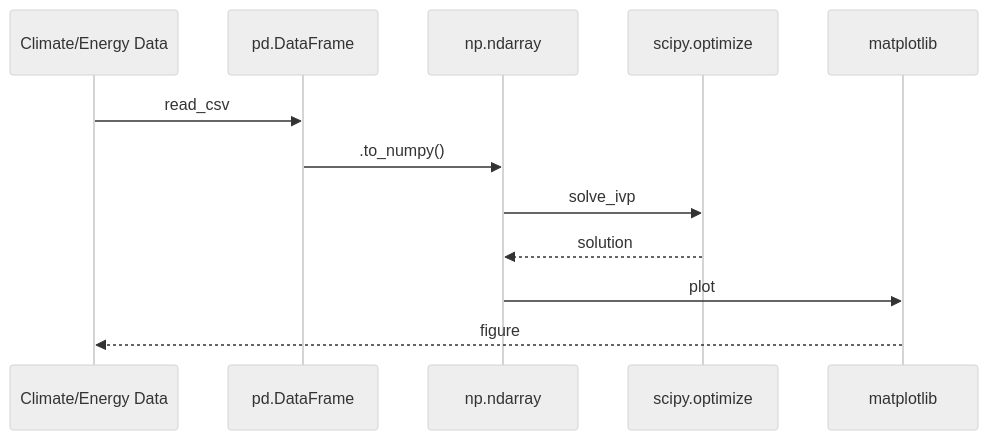
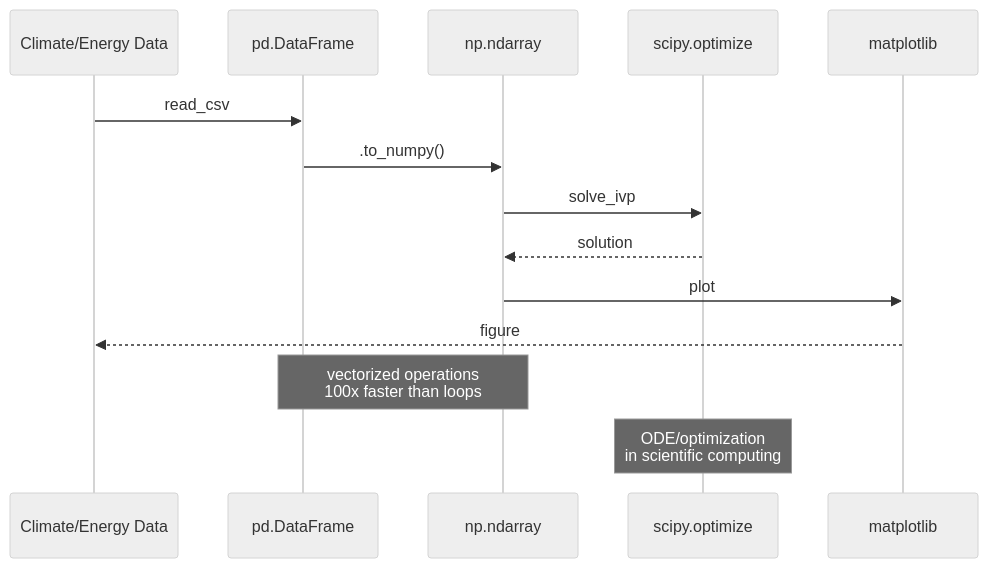
The fifth of 5 diagrams in MIT_CEE_GIRs/6.0001_Introduction_to_CS_and_Python.md (yip-lgtm/civil-bootcamp), drawn with Mermaid (neutral theme) before and after one commit. The commit also changed other lines of this file and 12 other files, not shown here.

First line of the commit message:
LLM enrichment: 13 courses enhanced with real scholars, sources, diagrams

````diff
--- a/MIT_CEE_GIRs/6.0001_Introduction_to_CS_and_Python.md
+++ b/MIT_CEE_GIRs/6.0001_Introduction_to_CS_and_Python.md
@@ -269,14 +436,16 @@
 ```mermaid
 sequenceDiagram
     participant Data as Climate/Energy Data
     participant Pandas as pd.DataFrame
     participant NumPy as np.ndarray
     participant SciPy as scipy.optimize
     participant Plot as matplotlib
     Data->>Pandas: read_csv
     Pandas->>NumPy: .to_numpy()
     NumPy->>SciPy: solve_ivp
     SciPy-->>NumPy: solution
     NumPy->>Plot: plot
     Plot-->>Data: figure
+    Note over Pandas,NumPy: vectorized operations<br/>100x faster than loops
+    Note over SciPy: ODE/optimization<br/>in scientific computing
 ```
````
